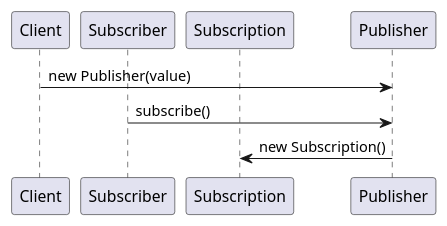
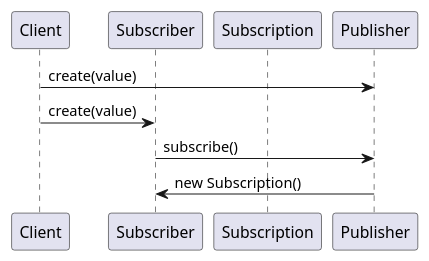
The diagram in _diary/2024-06-18.md (yanghoon/obsidian-workspace), drawn with PlantUML before and after one commit.

Commit message:
vault backup: 2024-06-19 00:02:40

````diff
--- a/_diary/2024-06-18.md
+++ b/_diary/2024-06-18.md
@@ -3,14 +3,15 @@
 ```plantuml
 @startuml
 
 participant Client as Client
-participant Subscriber as Subr
-participant Subscription as Sub
+participant Subscriber as Sub
+participant Subscription as Subn
 participant Publisher as Pub
 
-Client -> Pub: new Publisher(value)
-Subr -> Pub: subscribe()
+Client -> Pub: create(value)
+Client -> Sub: create(value)
+Sub -> Pub: subscribe()
 Pub -> Sub: new Subscription()
 
 @enduml
 ```
````
